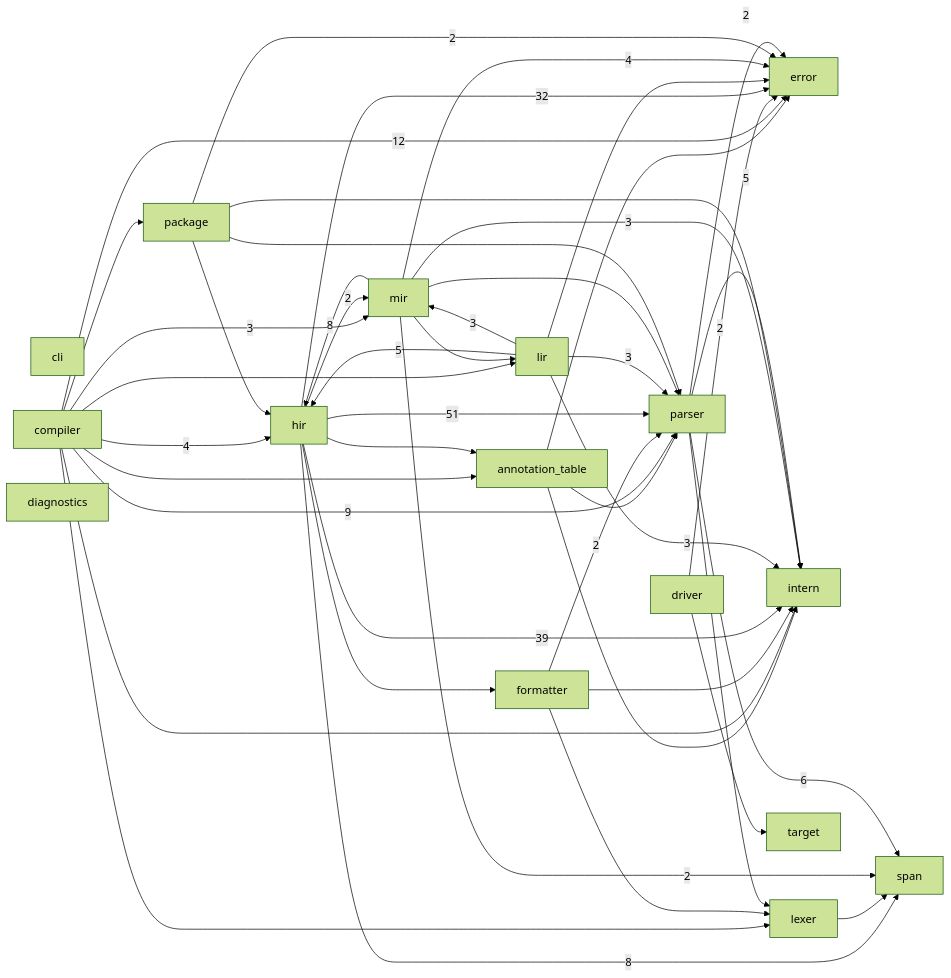
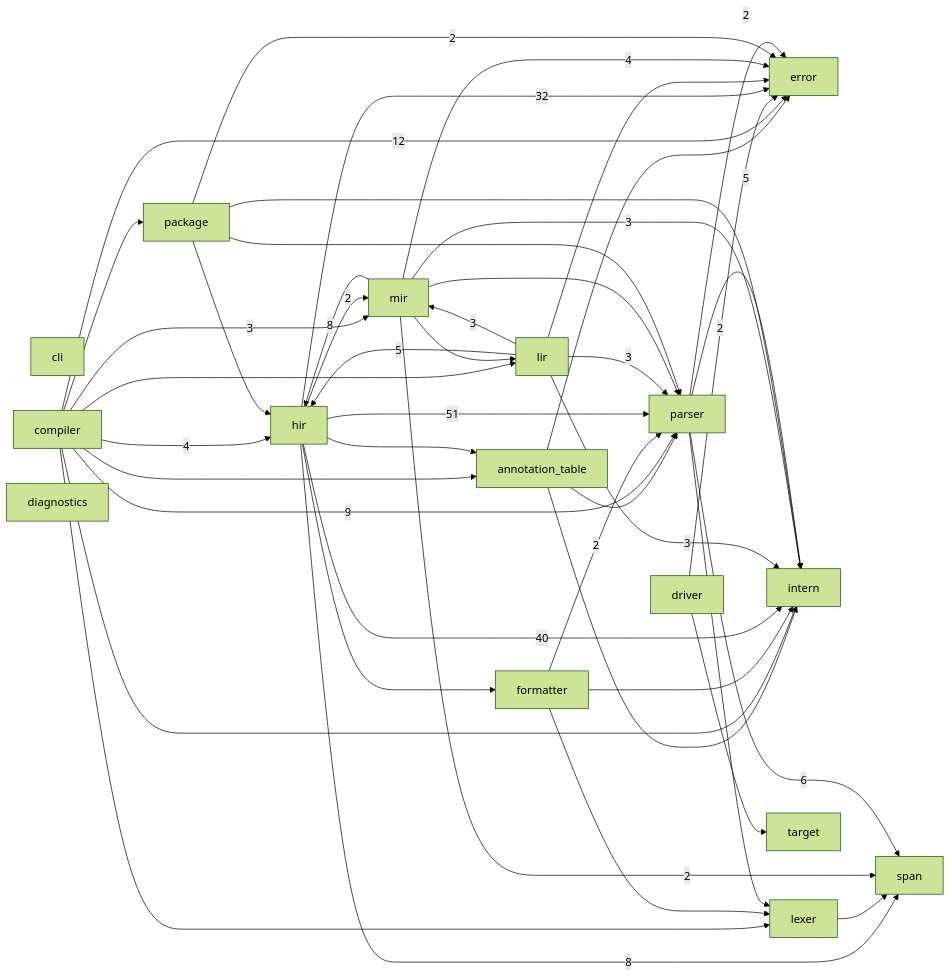
Before and after one commit to ayanami1ei/Ayanami-language: the diagram in docs/module-graph.md, drawn with Mermaid (forest theme). The commit also changed other lines of this file and 7 other files, not shown here.

````diff
--- a/docs/module-graph.md
+++ b/docs/module-graph.md
@@ -6,63 +6,63 @@
 ```mermaid
 graph LR
     annotation_table
     cli
     compiler
     diagnostics
     driver
     error
     formatter
     hir
     intern
     lexer
     lir
     mir
     package
     parser
     span
     target
     annotation_table --> error
     annotation_table --> intern
     annotation_table --> parser
     compiler --> annotation_table
     compiler -->|12| error
     compiler -->|4| hir
     compiler --> intern
     compiler --> lexer
     compiler --> lir
     compiler -->|3| mir
     compiler --> package
     compiler -->|9| parser
     driver -->|2| error
     driver --> target
     formatter --> intern
     formatter --> lexer
     formatter -->|2| parser
     hir --> annotation_table
     hir -->|32| error
     hir --> formatter
-    hir -->|39| intern
+    hir -->|40| intern
     hir -->|2| mir
     hir -->|51| parser
     hir -->|8| span
     lexer --> span
     lir --> error
     lir -->|5| hir
     lir -->|3| intern
     lir -->|3| mir
     lir -->|3| parser
     mir -->|4| error
     mir -->|8| hir
     mir -->|3| intern
     mir --> lir
     mir --> parser
     mir -->|2| span
     package -->|2| error
     package --> hir
     package --> intern
     package --> parser
     parser -->|2| error
     parser -->|5| intern
     parser --> lexer
     parser -->|6| span
 ```
````
